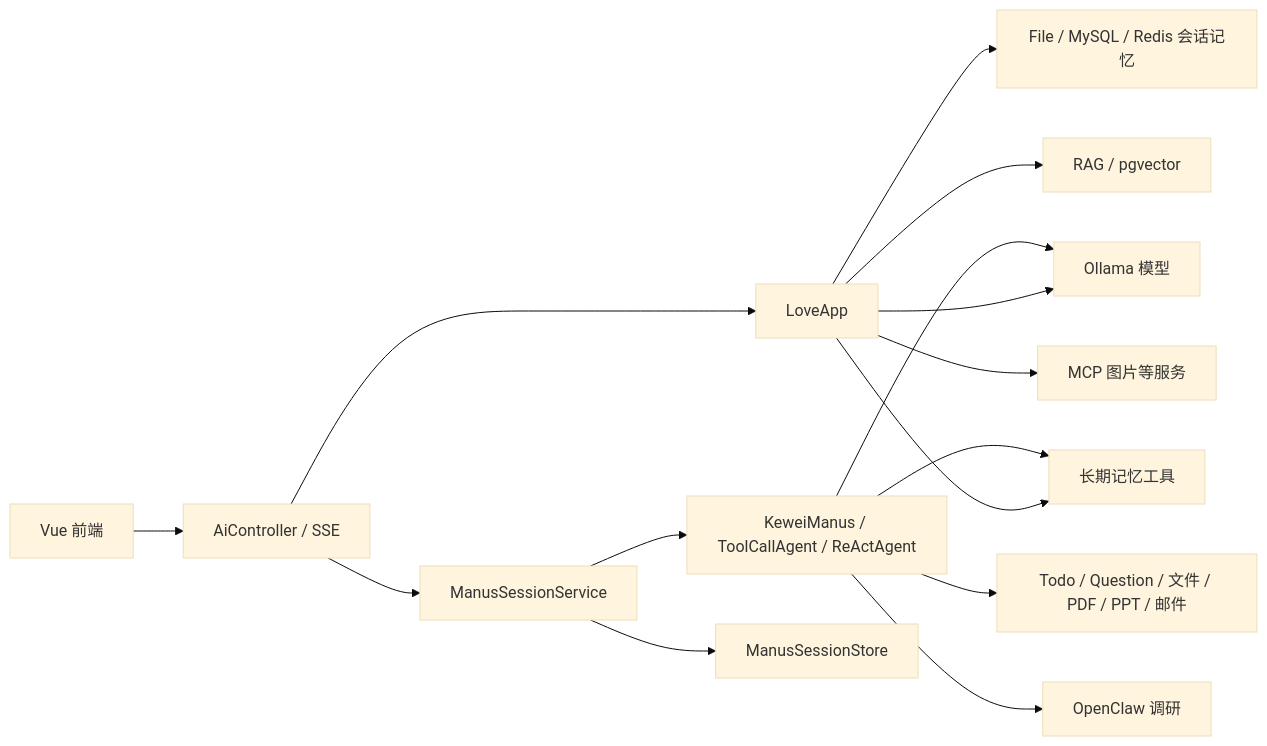
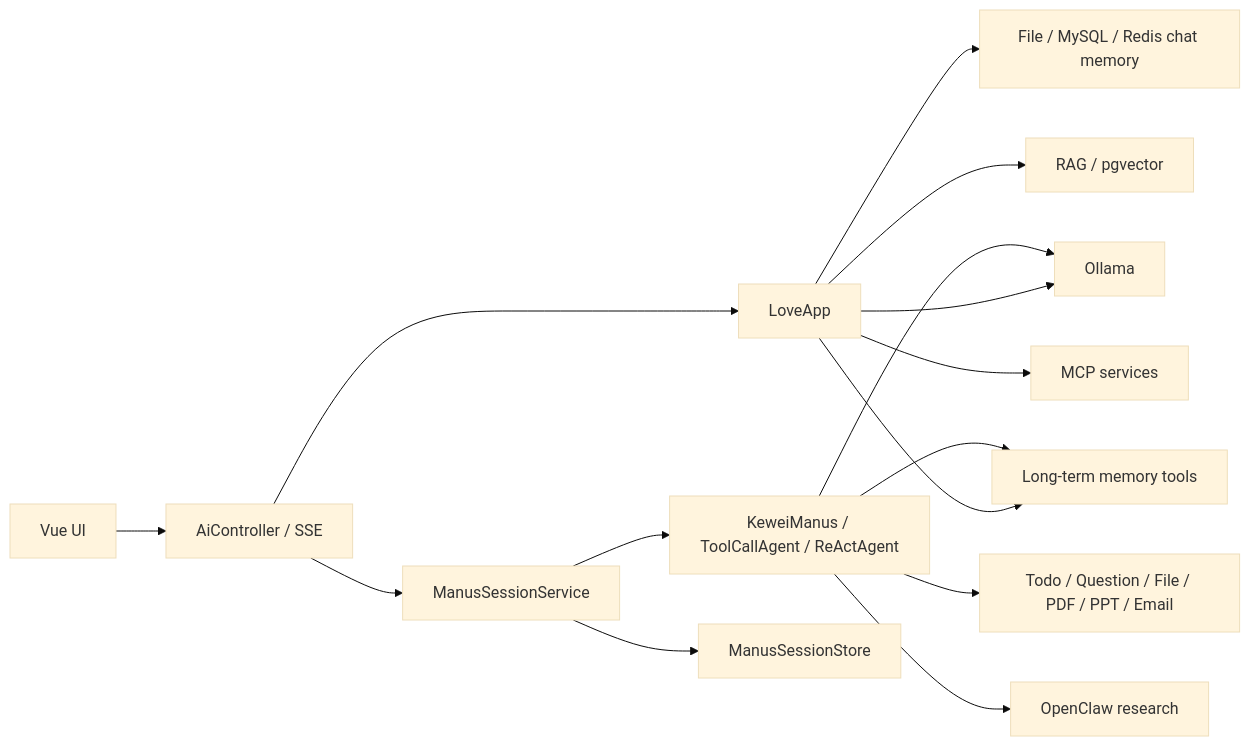
Before and after one commit to keweizhuazuki/kewei-ai-agent: the diagram in README.md, drawn with Mermaid (base theme). The commit also changed other lines of this file and 2 other files, not shown here.

````diff
--- a/README.md
+++ b/README.md
@@ -275,17 +275,17 @@
 ```mermaid
 flowchart LR
-    UI[Vue 前端] --> API[AiController / SSE]
+    UI[Vue UI] --> API[AiController / SSE]
     API --> LOVE[LoveApp]
     API --> SESSION[ManusSessionService]
     SESSION --> AGENT[KeweiManus / ToolCallAgent / ReActAgent]
     SESSION --> STATE[ManusSessionStore]
-    LOVE --> MODEL[Ollama 模型]
+    LOVE --> MODEL[Ollama]
     AGENT --> MODEL
-    LOVE --> CHATMEM[File / MySQL / Redis 会话记忆]
+    LOVE --> CHATMEM[File / MySQL / Redis chat memory]
     LOVE --> RAG[RAG / pgvector]
-    LOVE --> MEMORY[长期记忆工具]
+    LOVE --> MEMORY[Long-term memory tools]
     AGENT --> MEMORY
-    AGENT --> TOOLS[Todo / Question / 文件 / PDF / PPT / 邮件]
-    AGENT --> RESEARCH[OpenClaw 调研]
-    LOVE --> MCP[MCP 图片等服务]
+    AGENT --> TOOLS[Todo / Question / File / PDF / PPT / Email]
+    AGENT --> RESEARCH[OpenClaw research]
+    LOVE --> MCP[MCP services]
 ```
````
